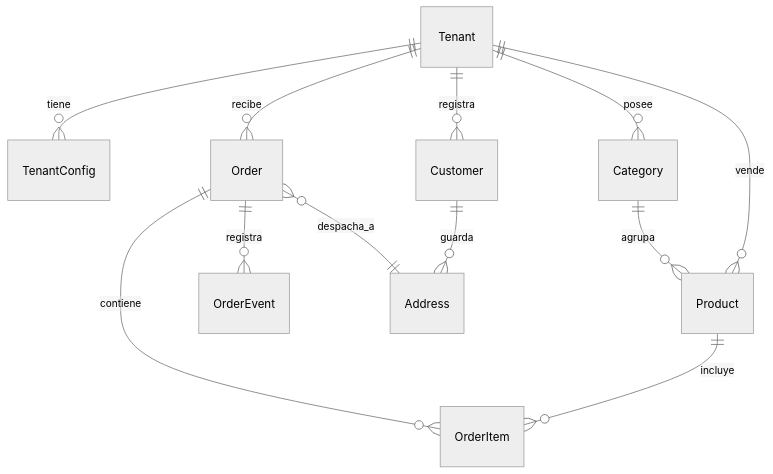
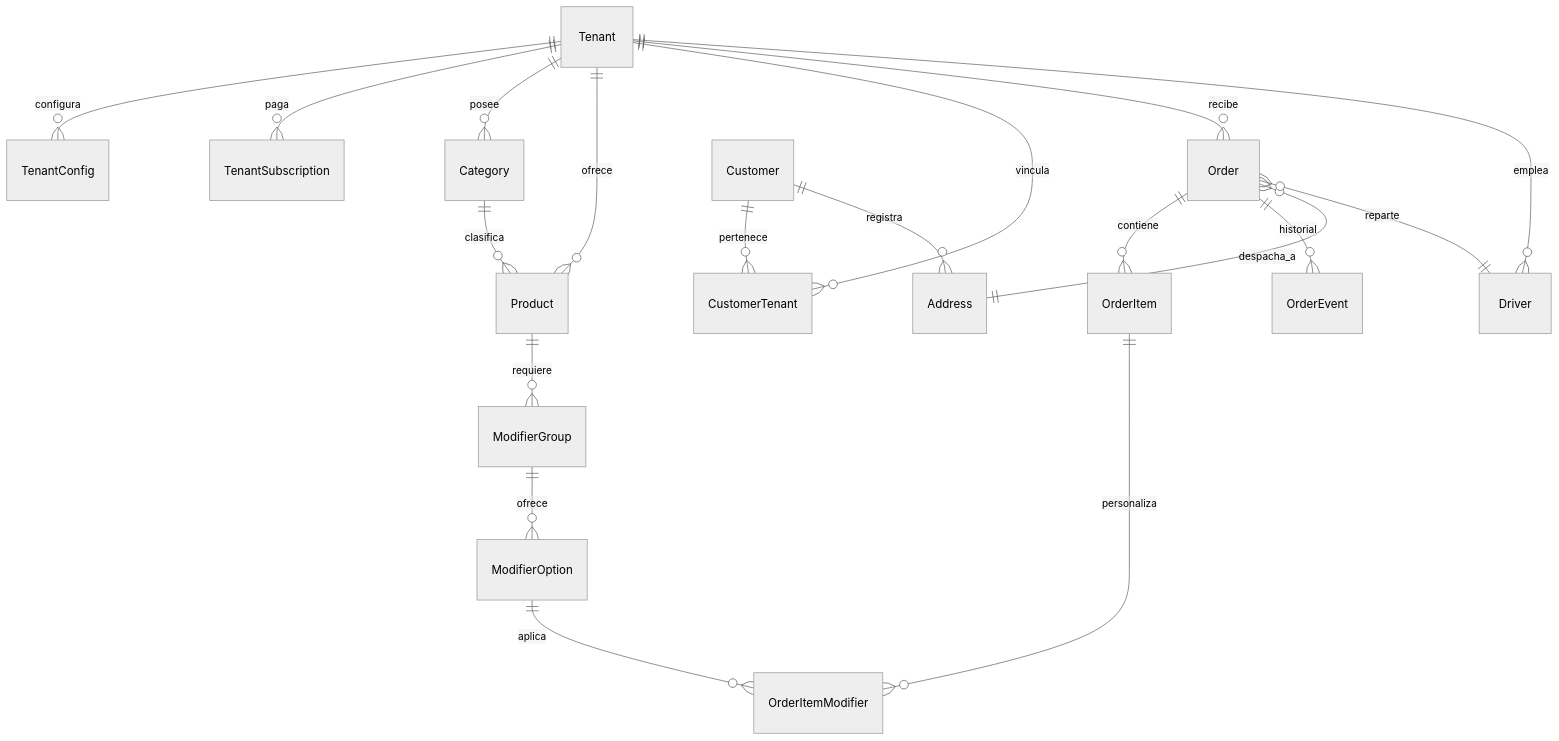
The diagram in src/docs/backend-multitenant-spec.md (Lautaroscu/elgustodemipueblo), drawn with Mermaid (neutral theme) before and after one commit. The commit also changed other lines of this file, not shown here.

Commit message:
docs: refine multi-tenant model in backend-multitenant-spec to support enterprise features like modifiers, subscriptions, and drivers

````diff
--- a/src/docs/backend-multitenant-spec.md
+++ b/src/docs/backend-multitenant-spec.md
@@ -15,15 +17,25 @@
 ```mermaid
 erDiagram
-    Tenant ||--o{ TenantConfig : "tiene"
+    Tenant ||--o{ TenantConfig : "configura"
+    Tenant ||--o{ TenantSubscription : "paga"
     Tenant ||--o{ Category : "posee"
-    Tenant ||--o{ Product : "vende"
-    Tenant ||--o{ Customer : "registra"
+    Tenant ||--o{ Product : "ofrece"
+    Tenant ||--o{ CustomerTenant : "vincula"
     Tenant ||--o{ Order : "recibe"
+    Tenant ||--o{ Driver : "emplea"
+
+    Customer ||--o{ CustomerTenant : "pertenece"
+    Customer ||--o{ Address : "registra"
     
-    Category ||--o{ Product : "agrupa"
-    Product ||--o{ OrderItem : "incluye"
+    Category ||--o{ Product : "clasifica"
+    Product ||--o{ ModifierGroup : "requiere"
+    ModifierGroup ||--o{ ModifierOption : "ofrece"
+    
     Order ||--o{ OrderItem : "contiene"
-    Order ||--o{ OrderEvent : "registra"
-    Customer ||--o{ Address : "guarda"
+    Order ||--o{ OrderEvent : "historial"
     Order }o--|| Address : "despacha_a"
+    Order }o--|| Driver : "reparte"
+    
+    OrderItem ||--o{ OrderItemModifier : "personaliza"
+    ModifierOption ||--o{ OrderItemModifier : "aplica"
 ```
````
